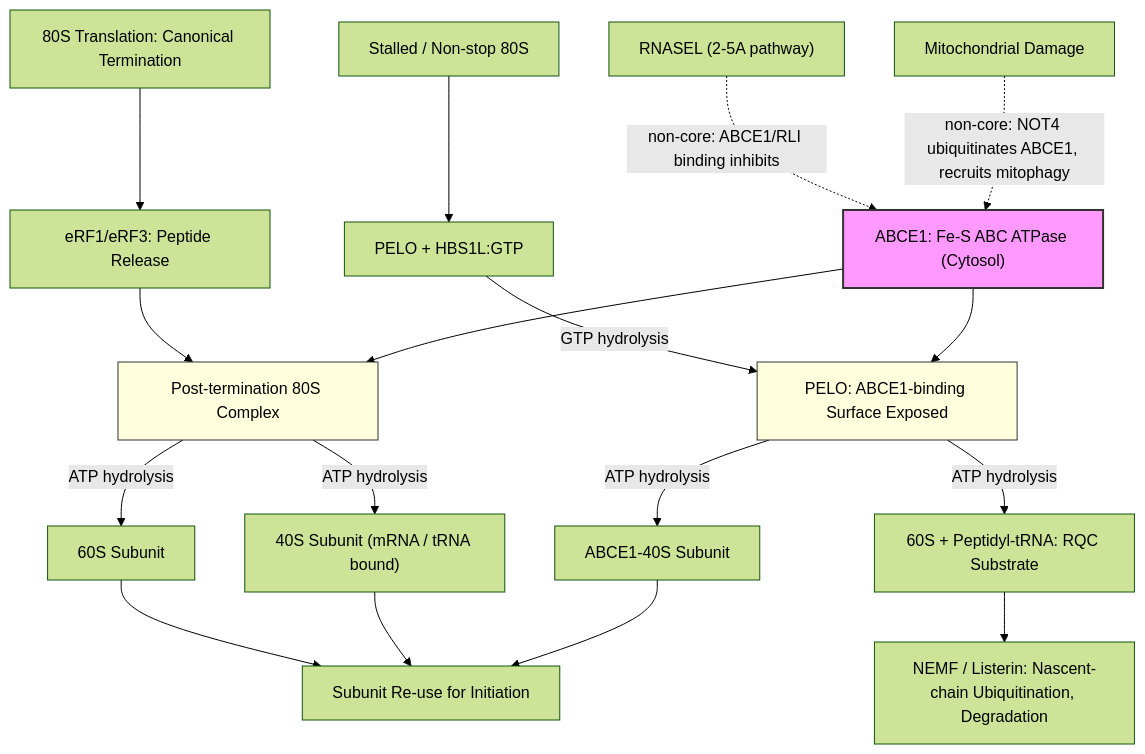
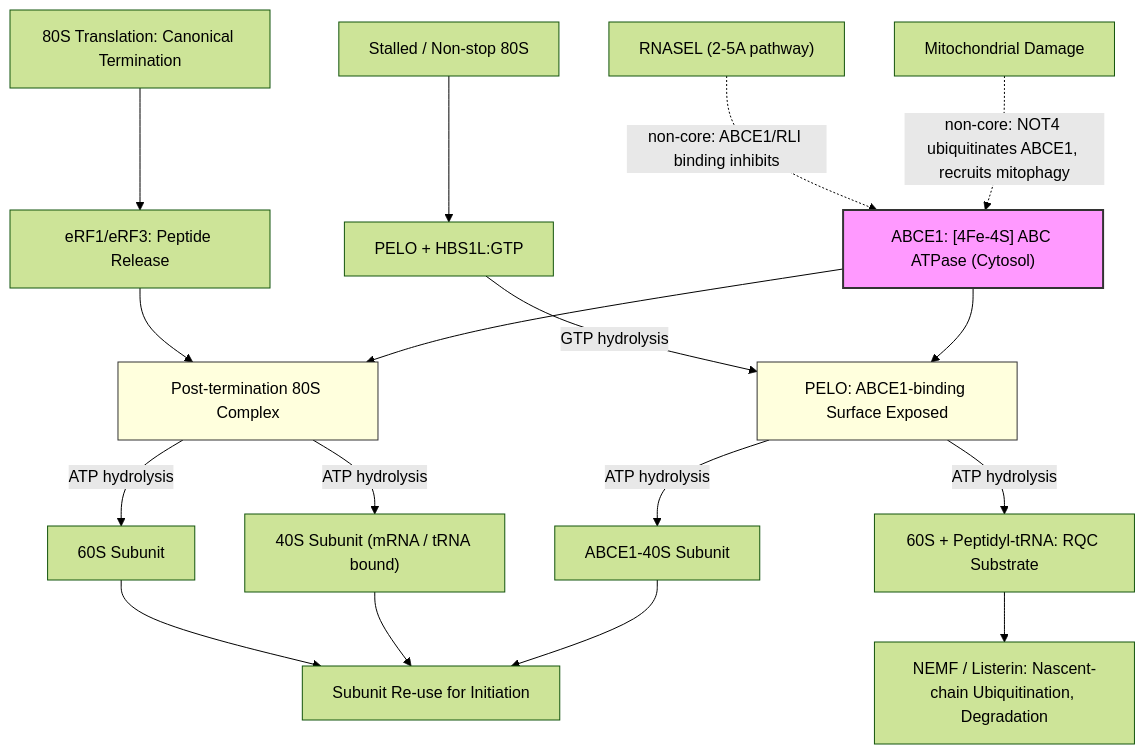
Before and after one commit to ai4curation/ai-gene-review: the diagram in genes/human/ABCE1/ABCE1-pathway.md, drawn with Mermaid (forest theme).

Commit message:
ABCE1 pathway: tighten Fe-S → [4Fe-4S] in mermaid diagram
Addresses non-blocking precision suggestion from the Claude bot review on
PR #391: the diagram node now matches the Molecular Architecture section
("two [4Fe-4S] clusters") and the proposed-replacement term GO:0051539.

````diff
--- a/genes/human/ABCE1/ABCE1-pathway.md
+++ b/genes/human/ABCE1/ABCE1-pathway.md
@@ -16,28 +16,28 @@
 ```mermaid
 graph TD
     A["80S Translation: Canonical Termination"] --> B["eRF1/eRF3: Peptide Release"]
     B --> C["Post-termination 80S Complex"]
 
     D["Stalled / Non-stop 80S"] --> E["PELO + HBS1L:GTP"]
     E -->|"GTP hydrolysis"| F["PELO: ABCE1-binding Surface Exposed"]
 
-    G["ABCE1: Fe-S ABC ATPase (Cytosol)"] --> C
+    G["ABCE1: [4Fe-4S] ABC ATPase (Cytosol)"] --> C
     G --> F
 
     C -->|"ATP hydrolysis"| H["60S Subunit"]
     C -->|"ATP hydrolysis"| I["40S Subunit (mRNA / tRNA bound)"]
     F -->|"ATP hydrolysis"| J["60S + Peptidyl-tRNA: RQC Substrate"]
     F -->|"ATP hydrolysis"| K["ABCE1-40S Subunit"]
 
     H --> L["Subunit Re-use for Initiation"]
     I --> L
     K --> L
     J --> M["NEMF / Listerin: Nascent-chain Ubiquitination, Degradation"]
 
     N["RNASEL (2-5A pathway)"] -.->|"non-core: ABCE1/RLI binding inhibits"| G
     O["Mitochondrial Damage"] -.->|"non-core: NOT4 ubiquitinates ABCE1, recruits mitophagy"| G
 
     style G fill:#f9f,stroke:#333,stroke-width:2px
     style C fill:#ffd,stroke:#333,stroke-width:1px
     style F fill:#ffd,stroke:#333,stroke-width:1px
 ```
````
